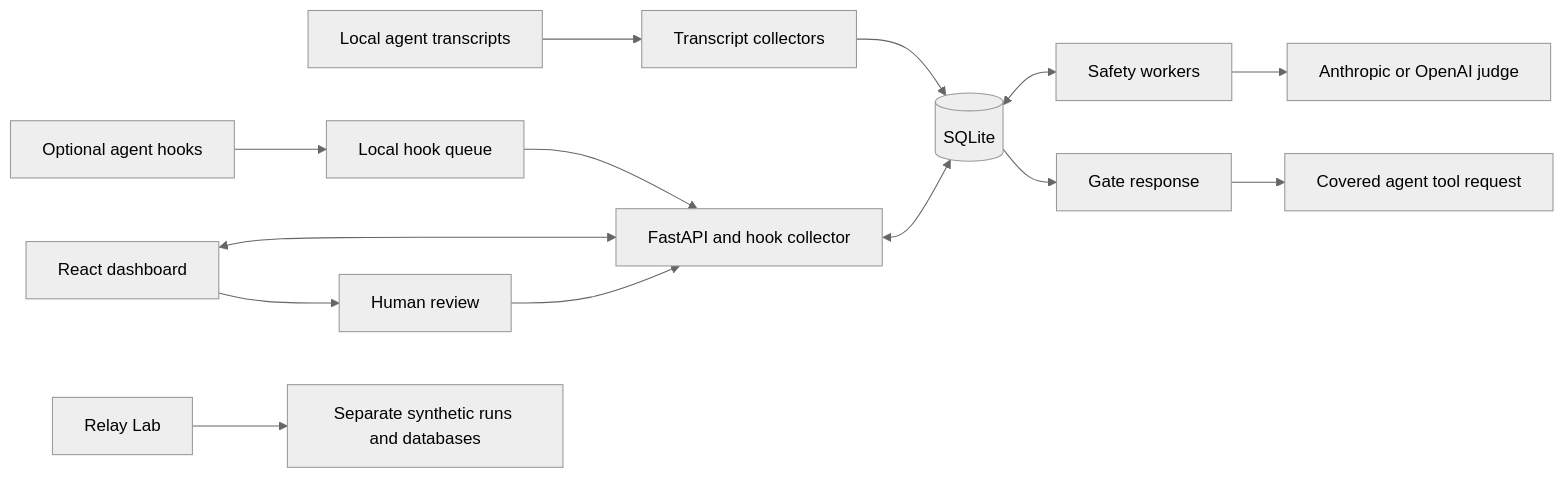
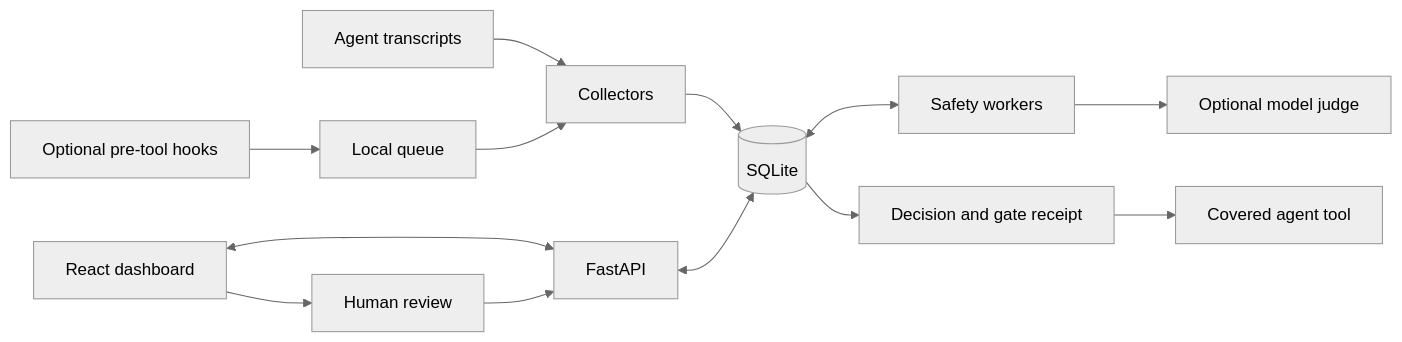
The diagram in docs/architecture.md (magibrush/agent-monitoring), drawn with Mermaid (neutral theme) before and after one commit. The commit also changed other lines of this file and 22 other files, not shown here.

````diff
--- a/docs/architecture.md
+++ b/docs/architecture.md
@@ -9,16 +5,15 @@
 ```mermaid
 flowchart LR
-    Transcripts[Local agent transcripts] --> Collectors[Transcript collectors]
-    Collectors --> DB[(SQLite)]
-    Hooks[Optional agent hooks] --> Queue[Local hook queue]
-    Queue --> API[FastAPI and hook collector]
-    API <--> DB
-    UI[React dashboard] <--> API
-    DB <--> Worker[Safety workers]
-    Worker --> Judge[Anthropic or OpenAI judge]
-    UI --> Review[Human review]
-    Review --> API
-    DB --> Gate[Gate response]
-    Gate --> Agent[Covered agent tool request]
-    Lab[Relay Lab] --> Isolated[Separate synthetic runs and databases]
+    T[Agent transcripts] --> C[Collectors]
+    H[Optional pre-tool hooks] --> Q[Local queue]
+    Q --> C
+    C --> D[(SQLite)]
+    U[React dashboard] <--> A[FastAPI]
+    A <--> D
+    D <--> W[Safety workers]
+    W --> J[Optional model judge]
+    U --> R[Human review]
+    R --> A
+    D --> G[Decision and gate receipt]
+    G --> Agent[Covered agent tool]
 ```
````
